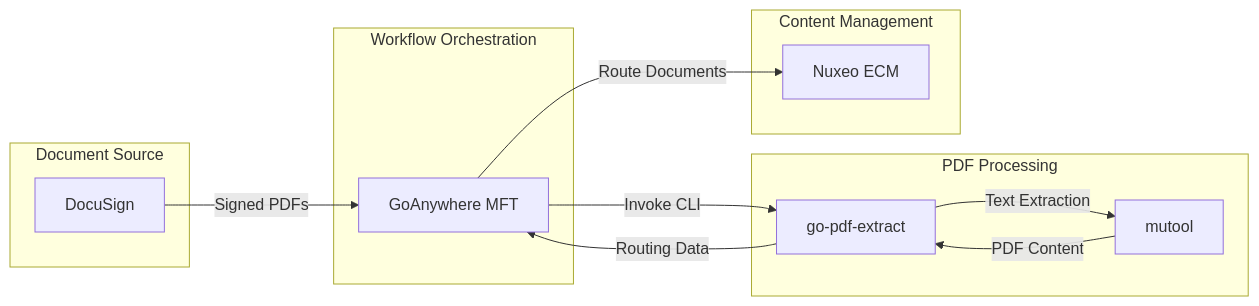
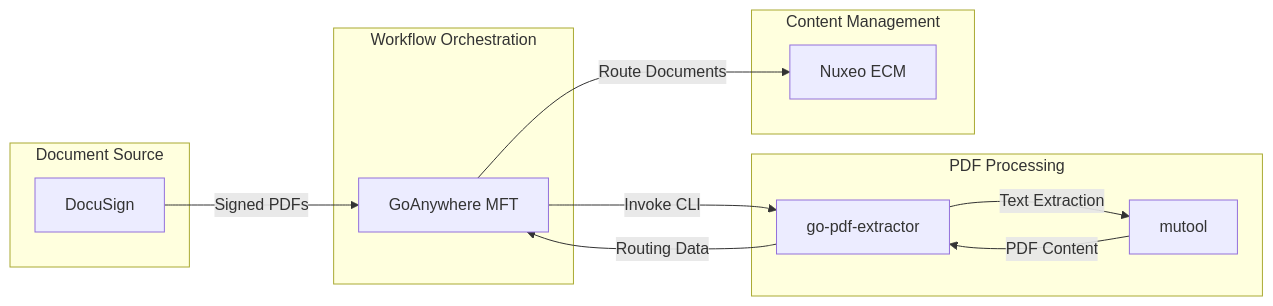
Before and after one commit to edsilegxrepo/pdf-extractor: the first of 2 diagrams in DESIGN.md, drawn with Mermaid. The commit also changed other lines of this file and 8 other files, not shown here.

````diff
--- a/DESIGN.md
+++ b/DESIGN.md
@@ -71,26 +71,26 @@
 ```mermaid
 flowchart LR
     subgraph Source["Document Source"]
         DOCUSIGN[DocuSign]
     end
 
     subgraph Orchestration["Workflow Orchestration"]
         GA[GoAnywhere MFT]
     end
 
     subgraph Processing["PDF Processing"]
-        EXTRACT[go-pdf-extract]
+        EXTRACT[go-pdf-extractor]
         MUTOOL[mutool]
     end
 
     subgraph Destination["Content Management"]
         NUXEO[Nuxeo ECM]
     end
 
     DOCUSIGN -->|Signed PDFs| GA
     GA -->|Invoke CLI| EXTRACT
     EXTRACT -->|Text Extraction| MUTOOL
     MUTOOL -->|PDF Content| EXTRACT
     EXTRACT -->|Routing Data| GA
     GA -->|Route Documents| NUXEO
 ```
````
